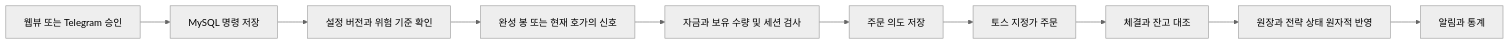
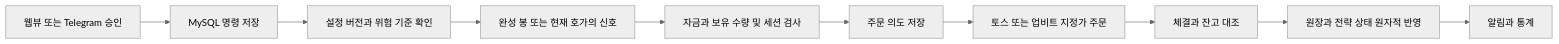
One commit to magicsih/cotrader changed the diagram in docs/architecture.md. Above: the diagram before and after it, drawn with Mermaid (neutral theme). The commit also changed other lines of this file and 20 other files, not shown here.

````diff
--- a/docs/architecture.md
+++ b/docs/architecture.md
@@ -15,12 +15,12 @@
 ```mermaid
 flowchart LR
   A["웹뷰 또는 Telegram 승인"] --> B["MySQL 명령 저장"]
   B --> C["설정 버전과 위험 기준 확인"]
   C --> D["완성 봉 또는 현재 호가의 신호"]
   D --> E["자금과 보유 수량 및 세션 검사"]
   E --> F["주문 의도 저장"]
-  F --> G["토스 지정가 주문"]
+  F --> G["토스 또는 업비트 지정가 주문"]
   G --> H["체결과 잔고 대조"]
   H --> I["원장과 전략 상태 원자적 반영"]
   I --> J["알림과 통계"]
 ```
````
